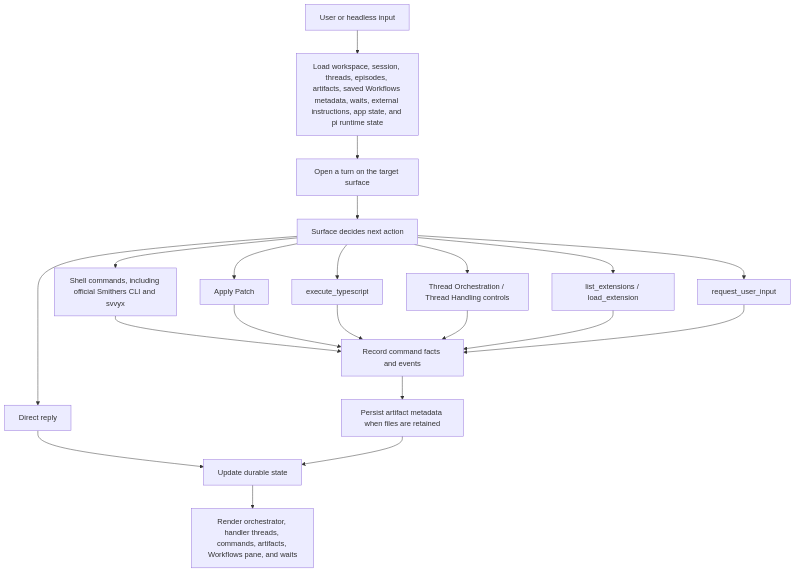
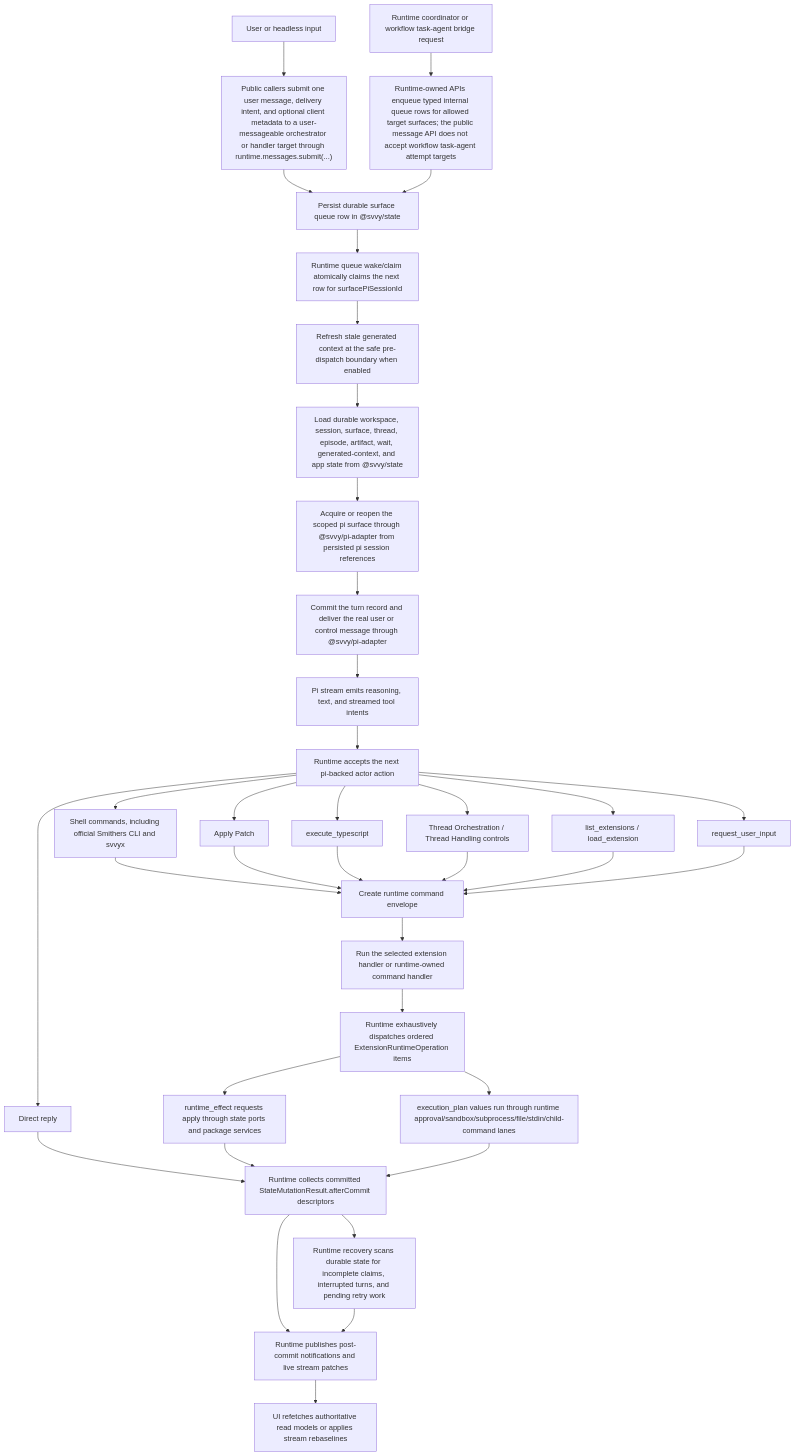
The diagram in docs/execution-model.md (0xpolarzero/hellm), drawn with Mermaid before and after one commit. The commit also changed other lines of this file and 408 other files, not shown here.

````diff
--- a/docs/execution-model.md
+++ b/docs/execution-model.md
@@ -27,23 +28,38 @@
 ```mermaid
 flowchart TD
-    Entry["User or headless input"] --> Load["Load workspace, session, threads, episodes, artifacts, saved Workflows metadata, waits, external instructions, app state, and pi runtime state"]
-    Load --> Surface["Open a turn on the target surface"]
-    Surface --> Decide["Surface decides next action"]
+    EntryUser["User or headless input"] --> SubmitUser["Public callers submit one user message, delivery intent, and optional client metadata to a user-messageable orchestrator or handler target through runtime.messages.submit(...)"]
+    EntryInternal["Runtime coordinator or workflow task-agent bridge request"] --> SubmitInternal["Runtime-owned APIs enqueue typed internal queue rows for allowed target surfaces; the public message API does not accept workflow task-agent attempt targets"]
+    SubmitUser --> Queue["Persist durable surface queue row in @svvy/state"]
+    SubmitInternal --> Queue
+    Queue --> Claim["Runtime queue wake/claim atomically claims the next row for surfacePiSessionId"]
+    Claim --> Refresh["Refresh stale generated context at the safe pre-dispatch boundary when enabled"]
+    Refresh --> Load["Load durable workspace, session, surface, thread, episode, artifact, wait, generated-context, and app state from @svvy/state"]
+    Load --> Surface["Acquire or reopen the scoped pi surface through @svvy/pi-adapter from persisted pi session references"]
+    Surface --> Turn["Commit the turn record and deliver the real user or control message through @svvy/pi-adapter"]
+    Turn --> Stream["Pi stream emits reasoning, text, and streamed tool intents"]
+    Stream --> Decide["Runtime accepts the next pi-backed actor action"]
     Decide --> Direct["Direct reply"]
     Decide --> Shell["Shell commands, including official Smithers CLI and svvyx"]
     Decide --> Patch["Apply Patch"]
     Decide --> TS["execute_typescript"]
     Decide --> Threads["Thread Orchestration / Thread Handling controls"]
     Decide --> Extensions["list_extensions / load_extension"]
     Decide --> Input["request_user_input"]
-    Shell --> Commands["Record command facts and events"]
+    Shell --> Commands["Create runtime command envelope"]
     Patch --> Commands
     TS --> Commands
     Threads --> Commands
     Extensions --> Commands
     Input --> Commands
-    Direct --> State["Update durable state"]
-    Commands --> Artifacts["Persist artifact metadata when files are retained"]
-    Artifacts --> State
-    State --> UI["Render orchestrator, handler threads, commands, artifacts, Workflows pane, and waits"]
+    Commands --> Handler["Run the selected extension handler or runtime-owned command handler"]
+    Handler --> Effects["Runtime exhaustively dispatches ordered ExtensionRuntimeOperation items"]
+    Direct --> State["Commit reply/turn facts through @svvy/state ports"]
+    Effects --> RuntimeEffect["runtime_effect requests apply through state ports and package services"]
+    Effects --> Plan["execution_plan values run through runtime approval/sandbox/subprocess/file/stdin/child-command lanes"]
+    RuntimeEffect --> State["Runtime collects committed StateMutationResult.afterCommit descriptors"]
+    Plan --> State
+    State --> Notify["Runtime publishes post-commit notifications and live stream patches"]
+    Notify --> UI["UI refetches authoritative read models or applies stream rebaselines"]
+    State --> Recovery["Runtime recovery scans durable state for incomplete claims, interrupted turns, and pending retry work"]
+    Recovery --> Notify
 ```
````
